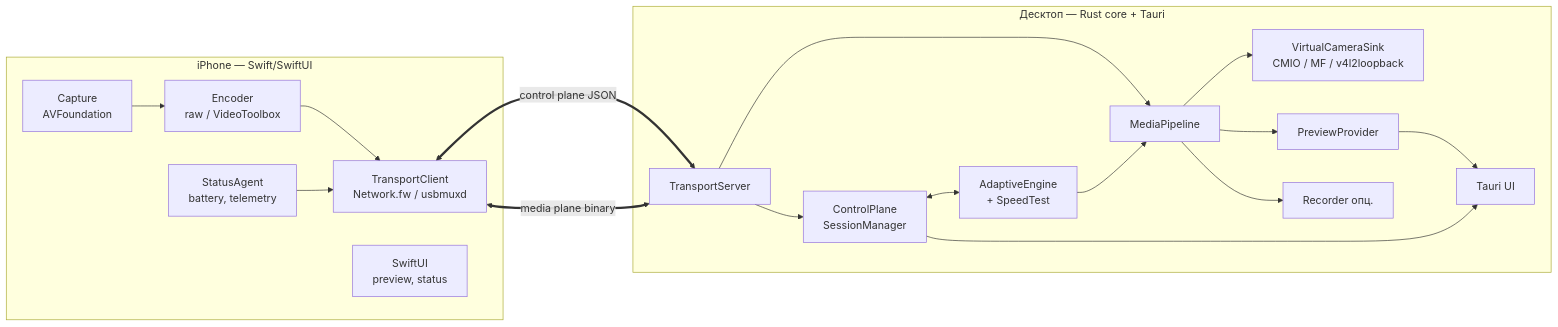
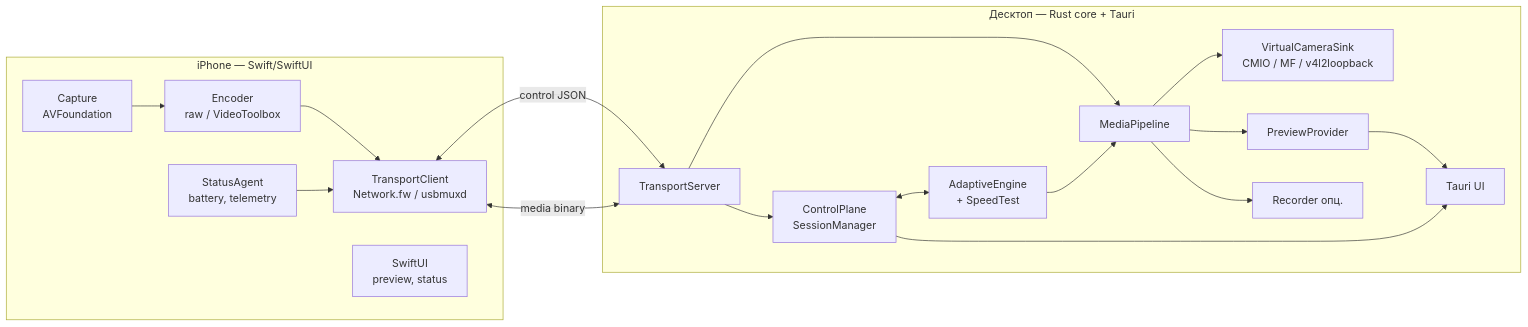
One commit to DenisHumen/iphone-webcam changed the diagram in docs/02-architecture.md. Above: the diagram before and after it, drawn with Mermaid. The commit also changed 9 other files, not shown here.

````diff
--- a/docs/02-architecture.md
+++ b/docs/02-architecture.md
@@ -33,22 +33,22 @@
 ```mermaid
 flowchart LR
   subgraph iPhone [iPhone — Swift/SwiftUI]
-    CAP[Capture\nAVFoundation] --> ENC[Encoder\nraw / VideoToolbox]
-    ENC --> TCLI[TransportClient\nNetwork.fw / usbmuxd]
-    SA[StatusAgent\nbattery, telemetry] --> TCLI
-    UI1[SwiftUI\npreview, status]
+    CAP[Capture<br/>AVFoundation] --> ENC[Encoder<br/>raw / VideoToolbox]
+    ENC --> TCLI[TransportClient<br/>Network.fw / usbmuxd]
+    SA[StatusAgent<br/>battery, telemetry] --> TCLI
+    UI1[SwiftUI<br/>preview, status]
   end
   subgraph Desktop [Десктоп — Rust core + Tauri]
-    TSRV[TransportServer] --> CP[ControlPlane\nSessionManager]
+    TSRV[TransportServer] --> CP[ControlPlane<br/>SessionManager]
     TSRV --> MP[MediaPipeline]
-    CP <--> AE[AdaptiveEngine\n+ SpeedTest]
+    CP <--> AE[AdaptiveEngine<br/>+ SpeedTest]
     AE --> MP
-    MP --> VC[VirtualCameraSink\nCMIO / MF / v4l2loopback]
+    MP --> VC[VirtualCameraSink<br/>CMIO / MF / v4l2loopback]
     MP --> PV[PreviewProvider]
     MP --> REC[Recorder опц.]
     PV --> UI2[Tauri UI]
     CP --> UI2
   end
-  TCLI <== control plane JSON ==> TSRV
-  TCLI <== media plane binary ==> TSRV
+  TCLI <-->|control JSON| TSRV
+  TCLI <-->|media binary| TSRV
 ```
````
